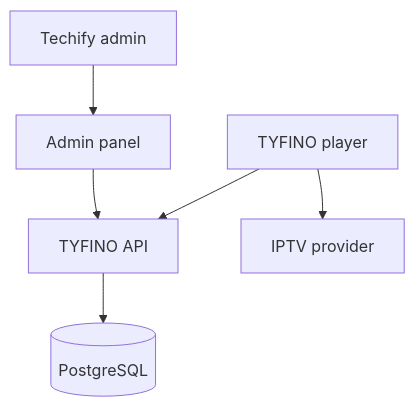
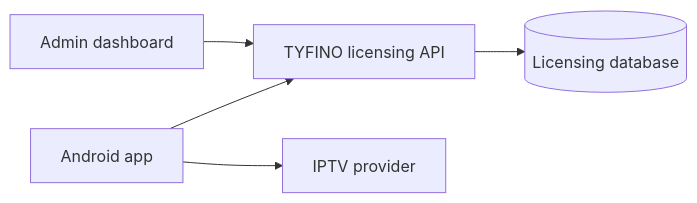
Before and after one commit to n923760-rgb/tyfino-platform: the diagram in docs/architecture.md, drawn with Mermaid. The commit also changed other lines of this file and 3 other files, not shown here.

````diff
--- a/docs/architecture.md
+++ b/docs/architecture.md
@@ -7,8 +10,7 @@
 ```mermaid
-flowchart TD
-  Admin[Techify admin] --> Panel[Admin panel]
-  Panel --> API[TYFINO API]
-  Player[TYFINO player] --> API
-  API --> DB[(PostgreSQL)]
-  Player --> Provider[IPTV provider]
+flowchart LR
+  App[Android app] --> License[TYFINO licensing API]
+  App --> Provider[IPTV provider]
+  Admin[Admin dashboard] --> License
+  License --> DB[(Licensing database)]
 ```
````
